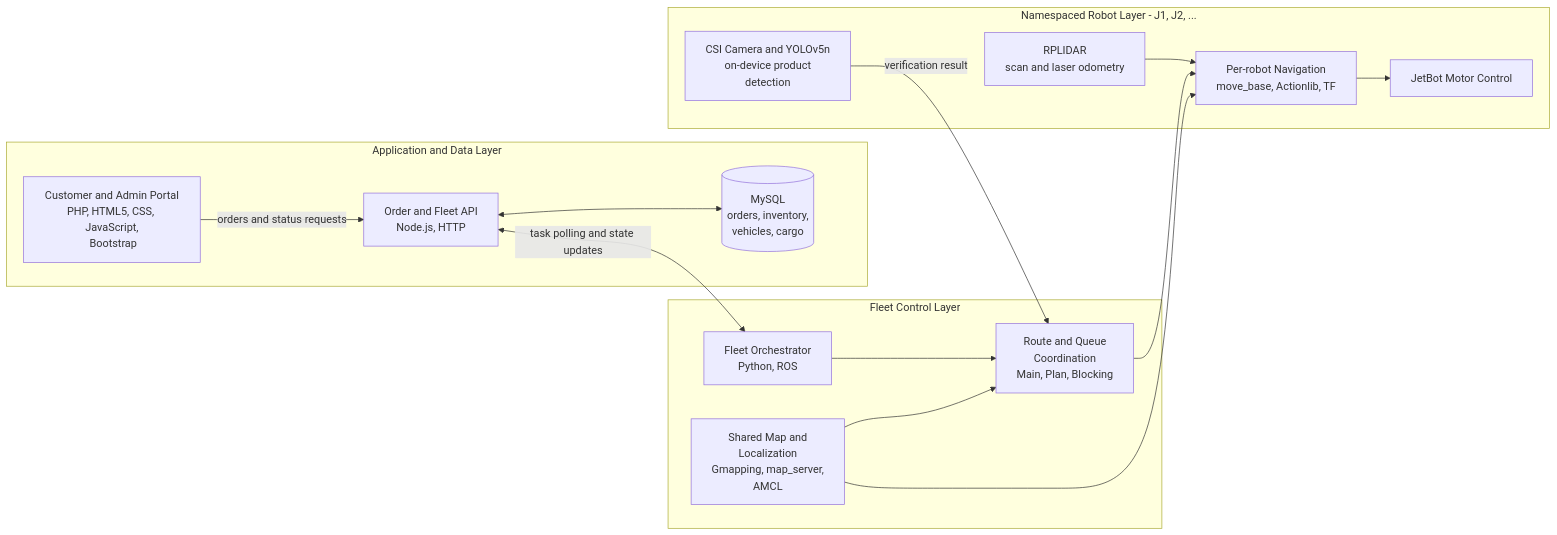
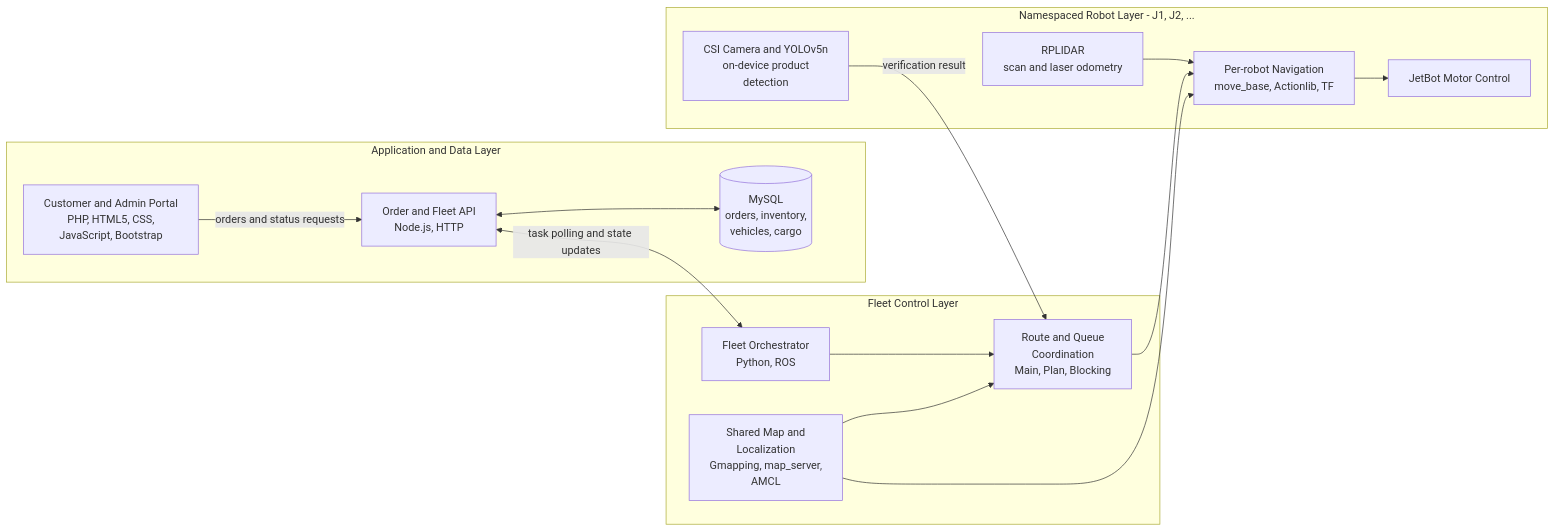
The diagram in README.md (AlenChen0216/AIOT_Project), drawn with Mermaid before and after one commit.

Commit message:
fix the graph

````diff
--- a/README.md
+++ b/README.md
@@ -11,32 +11,32 @@
 ```mermaid
 flowchart LR
     subgraph APP["Application and Data Layer"]
-        WEB["Customer and Admin Portal<br/>PHP, HTML5, CSS, JavaScript,<br/> Bootstrap"]
+        WEB["Customer and Admin Portal<br/>PHP, HTML5, CSS,<br/> JavaScript, Bootstrap"]
         API["Order and Fleet API<br/>Node.js, HTTP"]
         DB[("MySQL<br/>orders, inventory,<br/> vehicles, cargo")]
         WEB -->|orders and status requests| API
         API <--> DB
     end
 
     subgraph CONTROL["Fleet Control Layer"]
         ORCH["Fleet Orchestrator<br/>Python, ROS"]
         PLAN["Route and Queue <br/> Coordination <br/> Main, Plan, Blocking"]
         MAP["Shared Map and <br/> Localization<br/>Gmapping, map_server,<br/> AMCL"]
         ORCH --> PLAN
         MAP --> PLAN
     end
 
     subgraph ROBOTS["Namespaced Robot Layer - J1, J2, ..."]
         NAV["Per-robot Navigation<br/>move_base, Actionlib, TF"]
         LIDAR["RPLIDAR<br/>scan and laser odometry"]
         VISION["CSI Camera and YOLOv5n<br/> on-device product<br/>detection"]
         DRIVE["JetBot Motor Control"]
         LIDAR --> NAV
         PLAN --> NAV
         NAV --> DRIVE
         VISION -->|verification result| PLAN
     end
 
     API <-->|task polling and state updates| ORCH
     MAP --> NAV
 ```
````
